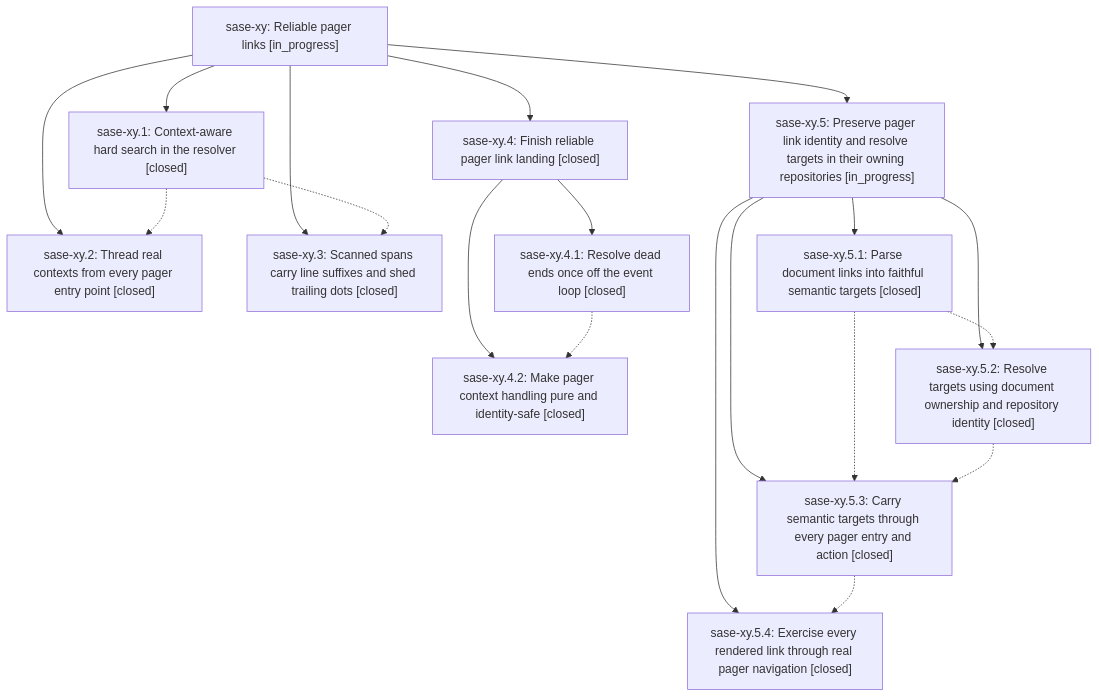
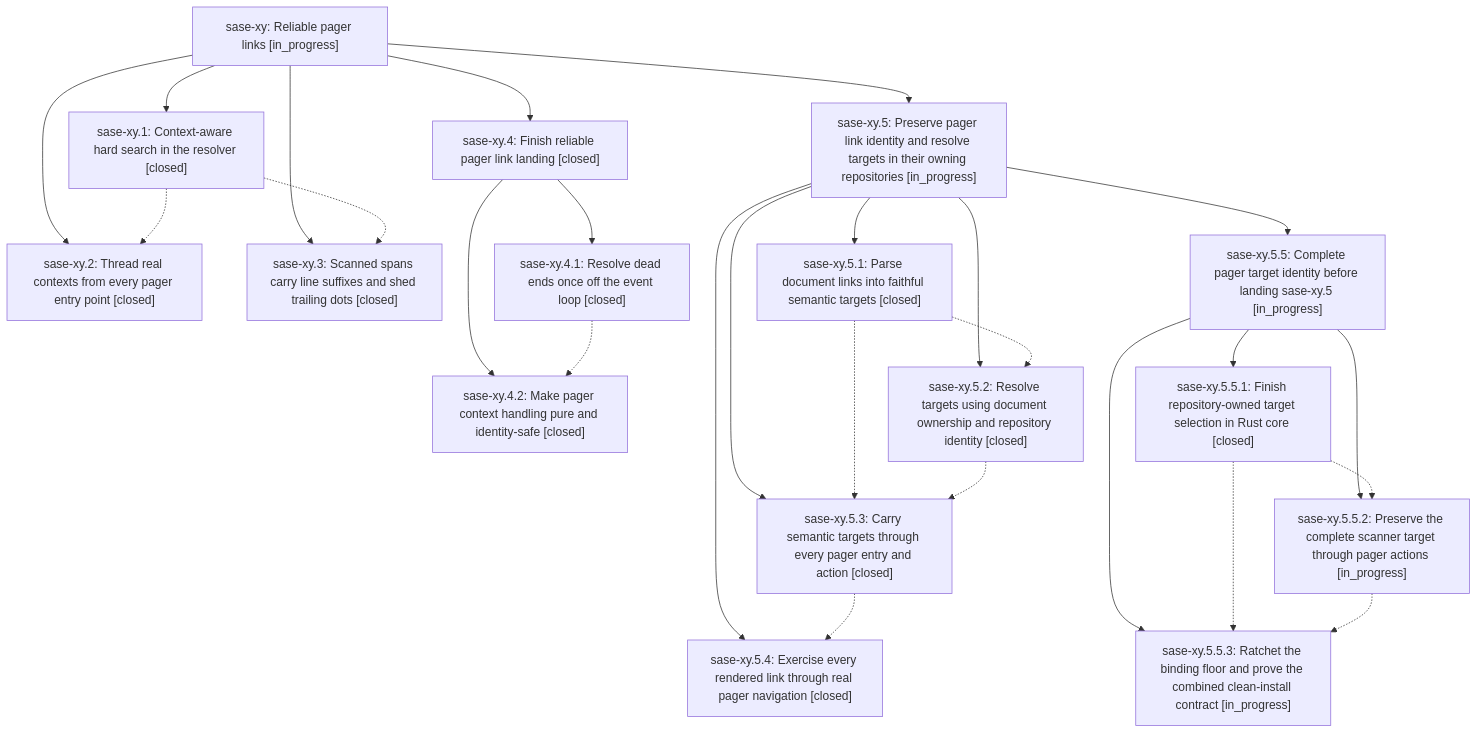
Before and after one commit to sase-org/sase--beads: the diagram in pages/sase-xy/README.md, drawn with Mermaid. The commit also changed other lines of this file and 5 other files, not shown here.

````diff
--- a/pages/sase-xy/README.md
+++ b/pages/sase-xy/README.md
@@ -42,33 +42,44 @@
 ```mermaid
 flowchart TD
     n0["sase-xy: Reliable pager links [in_progress]"]
     n1["sase-xy.1: Context-aware hard search in the resolver [closed]"]
     n2["sase-xy.2: Thread real contexts from every pager entry point [closed]"]
     n3["sase-xy.3: Scanned spans carry line suffixes and shed trailing dots [closed]"]
     n4["sase-xy.4: Finish reliable pager link landing [closed]"]
     n5["sase-xy.4.1: Resolve dead ends once off the event loop [closed]"]
     n6["sase-xy.4.2: Make pager context handling pure and identity-safe [closed]"]
     n7["sase-xy.5: Preserve pager link identity and resolve targets in their owning repositories [in_progress]"]
     n8["sase-xy.5.1: Parse document links into faithful semantic targets [closed]"]
     n9["sase-xy.5.2: Resolve targets using document ownership and repository identity [closed]"]
     n10["sase-xy.5.3: Carry semantic targets through every pager entry and action [closed]"]
     n11["sase-xy.5.4: Exercise every rendered link through real pager navigation [closed]"]
+    n12["sase-xy.5.5: Complete pager target identity before landing sase-xy.5 [in_progress]"]
+    n13["sase-xy.5.5.1: Finish repository-owned target selection in Rust core [closed]"]
+    n14["sase-xy.5.5.2: Preserve the complete scanner target through pager actions [in_progress]"]
+    n15["sase-xy.5.5.3: Ratchet the binding floor and prove the combined clean-install contract [in_progress]"]
     n0 --> n1
     n0 --> n2
     n0 --> n3
     n0 --> n4
     n4 --> n5
     n4 --> n6
     n0 --> n7
     n7 --> n8
     n7 --> n9
     n7 --> n10
     n7 --> n11
+    n7 --> n12
+    n12 --> n13
+    n12 --> n14
+    n12 --> n15
     n1 -.-> n2
     n1 -.-> n3
     n5 -.-> n6
     n8 -.-> n9
     n8 -.-> n10
     n9 -.-> n10
     n10 -.-> n11
+    n13 -.-> n14
+    n13 -.-> n15
+    n14 -.-> n15
 ```
````
